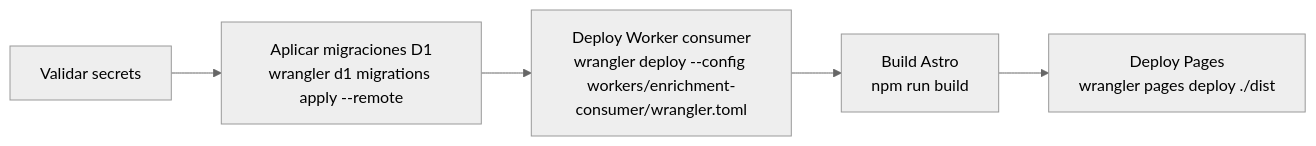
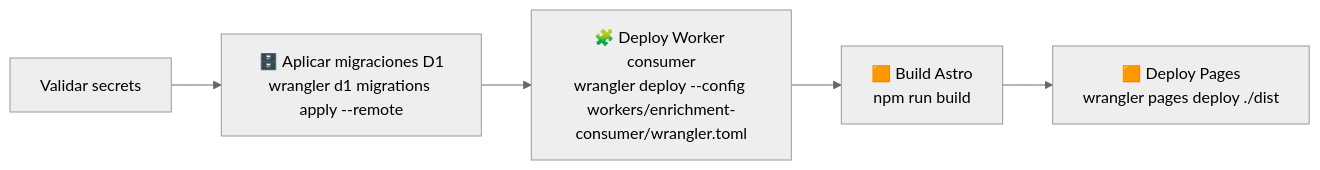
One commit to MathiasGonzalez/PlanillaInteligente changed the second of 2 diagrams in docs/architecture/01-despliegue-cloudflare.md. Above: the diagram before and after it, drawn with Mermaid (neutral theme). The commit also changed other lines of this file and 36 other files, not shown here.

````diff
--- a/docs/architecture/01-despliegue-cloudflare.md
+++ b/docs/architecture/01-despliegue-cloudflare.md
@@ -75,7 +90,7 @@
 ```mermaid
 flowchart LR
-    A[Validar secrets] --> B[Aplicar migraciones D1\nwrangler d1 migrations apply --remote]
-    B --> C[Deploy Worker consumer\nwrangler deploy --config workers/enrichment-consumer/wrangler.toml]
-    C --> D[Build Astro\nnpm run build]
-    D --> E[Deploy Pages\nwrangler pages deploy ./dist]
+    A[Validar secrets] --> B[🗄️ Aplicar migraciones D1\nwrangler d1 migrations apply --remote]
+    B --> C[🧩 Deploy Worker consumer\nwrangler deploy --config workers/enrichment-consumer/wrangler.toml]
+    C --> D[🟧 Build Astro\nnpm run build]
+    D --> E[🟧 Deploy Pages\nwrangler pages deploy ./dist]
 ```
````
